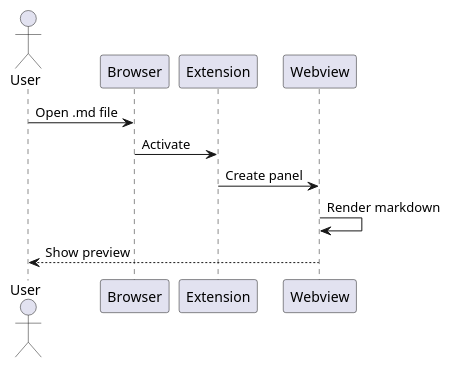
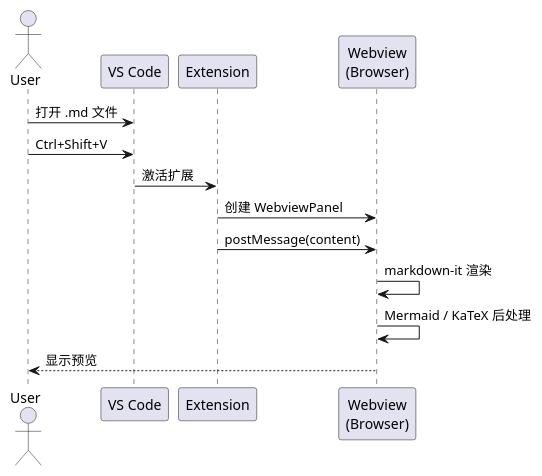
The fourth of 4 diagrams in test-preview.md (zbw1037176947-netizen/markdown-super), drawn with PlantUML before and after one commit. The commit also changed other lines of this file and 2 other files, not shown here.

First line of the commit message:
fix: 修复图片预览路径解析 + 更新全功能测试文档

````diff
--- a/test-preview.md
+++ b/test-preview.md
@@ -151,10 +281,17 @@
 ```plantuml
 @startuml
 actor User
-User -> Browser : Open .md file
-Browser -> Extension : Activate
-Extension -> Webview : Create panel
-Webview -> Webview : Render markdown
-Webview --> User : Show preview
+participant "VS Code" as VSCode
+participant Extension
+participant "Webview\n(Browser)" as Webview
+
+User -> VSCode : 打开 .md 文件
+User -> VSCode : Ctrl+Shift+V
+VSCode -> Extension : 激活扩展
+Extension -> Webview : 创建 WebviewPanel
+Extension -> Webview : postMessage(content)
+Webview -> Webview : markdown-it 渲染
+Webview -> Webview : Mermaid / KaTeX 后处理
+Webview --> User : 显示预览
 @enduml
 ```
````
